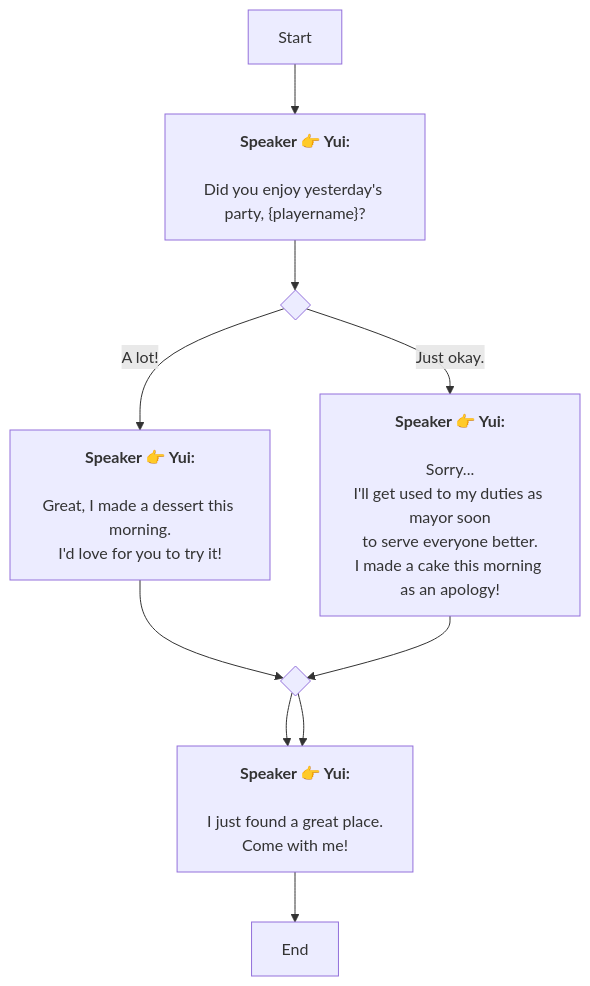
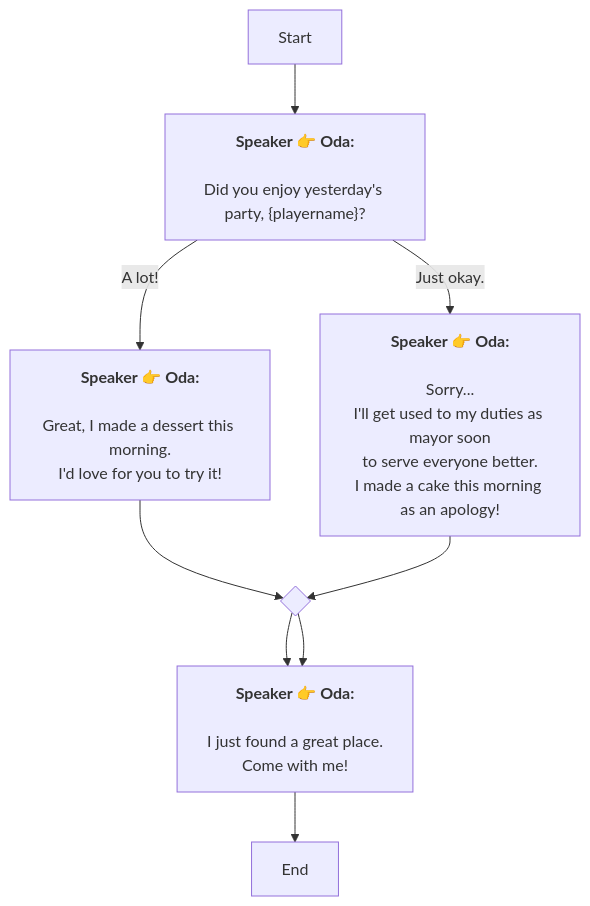
One commit to SoftHu/tos_avg changed the diagram in En/QuestStartTalkENode_1741365690796258.md. Above: the diagram before and after it, drawn with Mermaid. The commit also changed 737 other files, not shown here.

````diff
--- a/En/QuestStartTalkENode_1741365690796258.md
+++ b/En/QuestStartTalkENode_1741365690796258.md
@@ -1,29 +1,22 @@
 ```mermaid
 graph
-Start -->1741366051818734[<b>Speaker 👉 Yui:</b>
-
-Did you enjoy yesterday's party, &lbrace;playername&rbrace;?]
-1741366051818734 -->1741840746360291{ }
-1741840746360291 -->|A lot!|1741840770440680[<b>Speaker 👉 Yui:</b>
-
-Great, I made a dessert this morning.
+Start -->1741366051818734[<b>Speaker 👉 Oda:</b>
+\nDid you enjoy yesterday's party, &lbrace;playername&rbrace;?]
+1741366051818734 -->|A lot!|1741840770440680[<b>Speaker 👉 Oda:</b>
+\nGreat, I made a dessert this morning.
 I'd love for you to try it!]
-1741840746360291 -->|Just okay.|1741840976551401[<b>Speaker 👉 Yui:</b>
-
-Sorry...
+1741366051818734 -->|Just okay.|1741840976551401[<b>Speaker 👉 Oda:</b>
+\nSorry...
 I'll get used to my duties as mayor soon
-to serve everyone better.
-I made a cake this morning as an apology!]
+to serve everyone better.\nI made a cake this morning as an apology!]
 1741840770440680 -->1741367875621124{ }
-1741367875621124 -->1741841330457066[<b>Speaker 👉 Yui:</b>
-
-I just found a great place.
+1741367875621124 -->1741841330457066[<b>Speaker 👉 Oda:</b>
+\nI just found a great place.
 Come with me!]
-1741367875621124 -->1741841330457066[<b>Speaker 👉 Yui:</b>
-
-I just found a great place.
+1741367875621124 -->1741841330457066[<b>Speaker 👉 Oda:</b>
+\nI just found a great place.
 Come with me!]
 1741841330457066 -->1741367947996422[End]
 1741840976551401 -->1741367875621124{ }
 
- ```
+```
````
